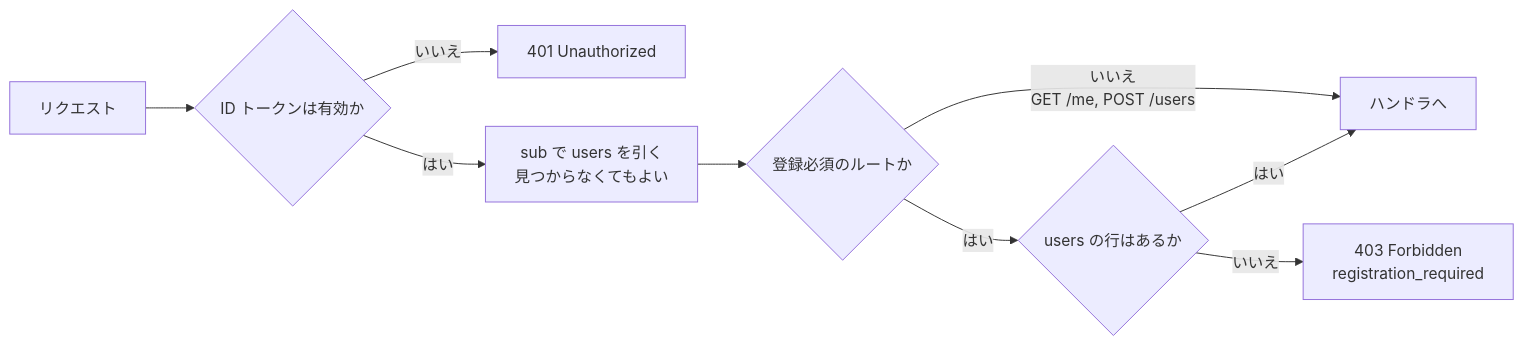
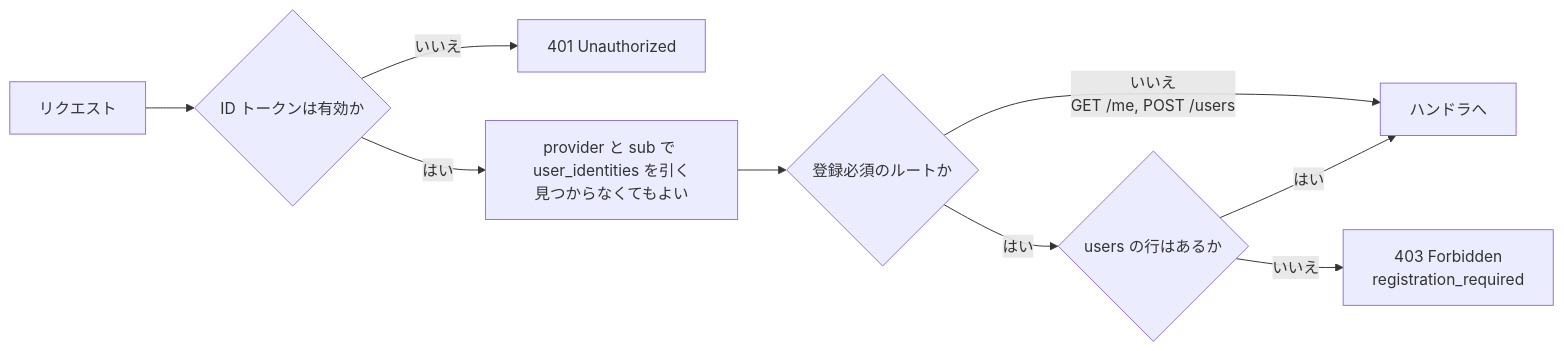
The first of 4 diagrams in docs/usecases/onboarding.md (sawakishuto/himasoku-go), drawn with Mermaid before and after one commit. The commit also changed other lines of this file and 3 other files, not shown here.

````diff
--- a/docs/usecases/onboarding.md
+++ b/docs/usecases/onboarding.md
@@ -25,11 +32,11 @@
 ```mermaid
 flowchart LR
     R[リクエスト] --> A{ID トークンは有効か}
     A -->|いいえ| E401[401 Unauthorized]
-    A -->|はい| B[sub で users を引く<br/>見つからなくてもよい]
+    A -->|はい| B[provider と sub で user_identities を引く<br/>見つからなくてもよい]
     B --> C{登録必須のルートか}
     C -->|いいえ<br/>GET /me, POST /users| H[ハンドラへ]
     C -->|はい| D{users の行はあるか}
     D -->|いいえ| E403[403 Forbidden<br/>registration_required]
     D -->|はい| H
 ```
````
